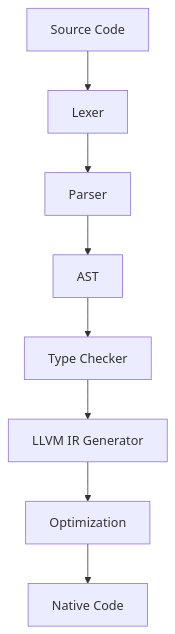
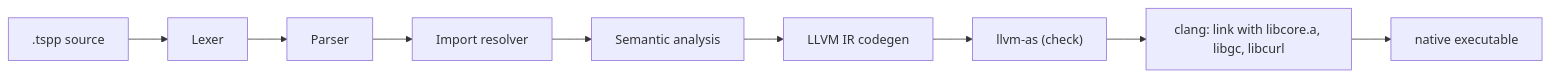
Before and after one commit to tspp-io/tspp-compiler: the diagram in README.md, drawn with Mermaid. The commit also changed other lines of this file and 4 other files, not shown here.

````diff
--- a/README.md
+++ b/README.md
@@ -175,10 +224,11 @@
 ```mermaid
-flowchart TD
-    A[Source Code] --> B[Lexer]
+flowchart LR
+    A[".tspp source"] --> B[Lexer]
     B --> C[Parser]
-    C --> D[AST]
-    D --> E[Type Checker]
-    E --> F[LLVM IR Generator]
-    F --> G[Optimization]
-    G --> H[Native Code]
+    C --> D[Import resolver]
+    D --> E[Semantic analysis]
+    E --> F[LLVM IR codegen]
+    F --> G["llvm-as (check)"]
+    G --> H["clang: link with libcore.a, libgc, libcurl"]
+    H --> I[native executable]
 ```
````
